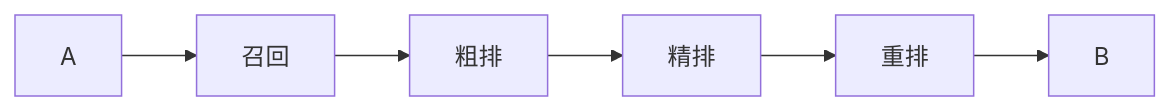
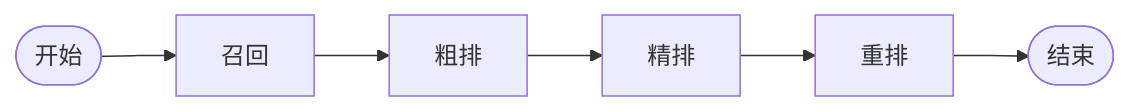
One commit to 521bibi/RecommenderSystem changed the third of 3 diagrams in 推荐系统RecommenderSystem笔记.md. Above: the diagram before and after it, drawn with Mermaid. The commit also changed other lines of this file and 23 other files, not shown here.

```diff
--- a/推荐系统RecommenderSystem笔记.md
+++ b/推荐系统RecommenderSystem笔记.md
@@ -54,8 +48,8 @@
 ~~~mermaid
 graph LR
-A --> 召回
+node0([开始]) --> 召回
 召回 --> 粗排
 粗排 --> 精排
 精排 --> 重排
-重排 --> B
+重排 --> node1([结束])
 ~~~
```
